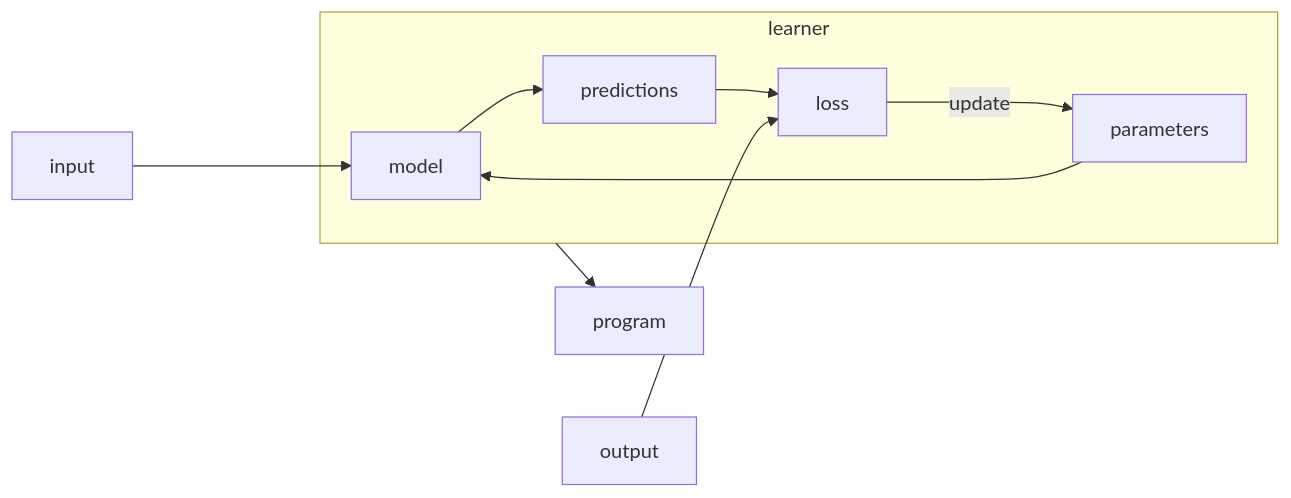
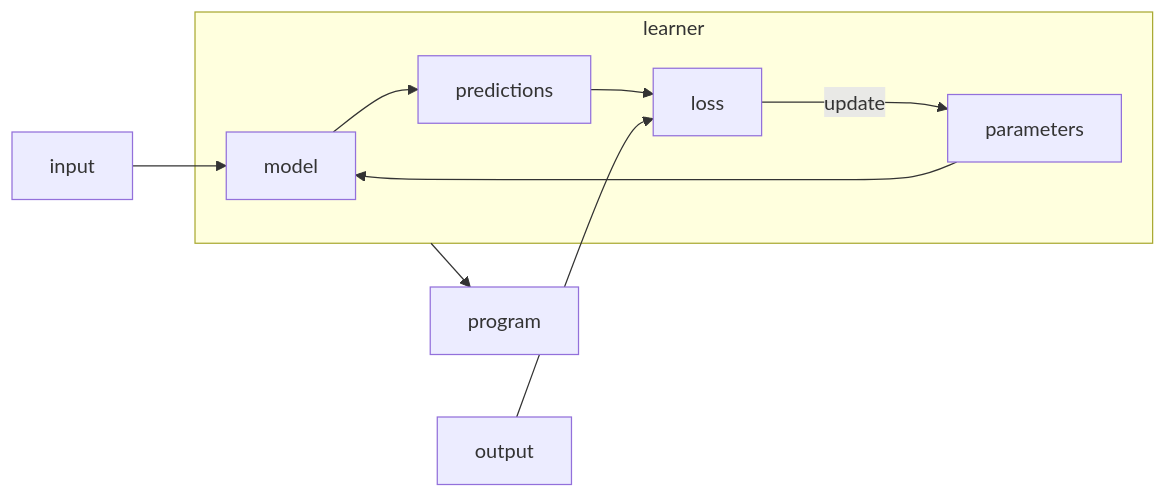
Before and after one commit to nicoladerric/nicoladerric.github.io: the third of 3 diagrams in _posts/2023-08-16-rivoluzione.md, drawn with Mermaid.

````diff
--- a/_posts/2023-08-16-rivoluzione.md
+++ b/_posts/2023-08-16-rivoluzione.md
@@ -31,12 +31,12 @@
 ```mermaid
 flowchart LR;
-    input ----> model;
+    input --> model;
     subgraph learner
     parameters --> model;
     model --> predictions;
     predictions --> loss;
     loss ---> |update|parameters;
     end
     output --> loss;
     learner --> program
 ```
````
